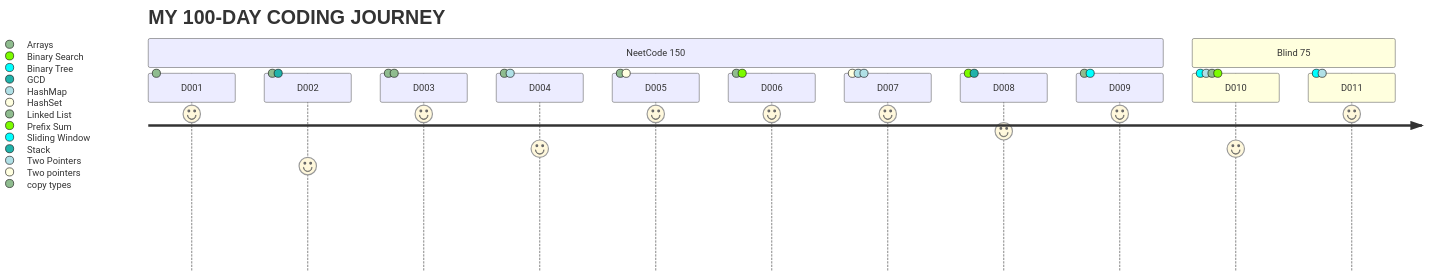
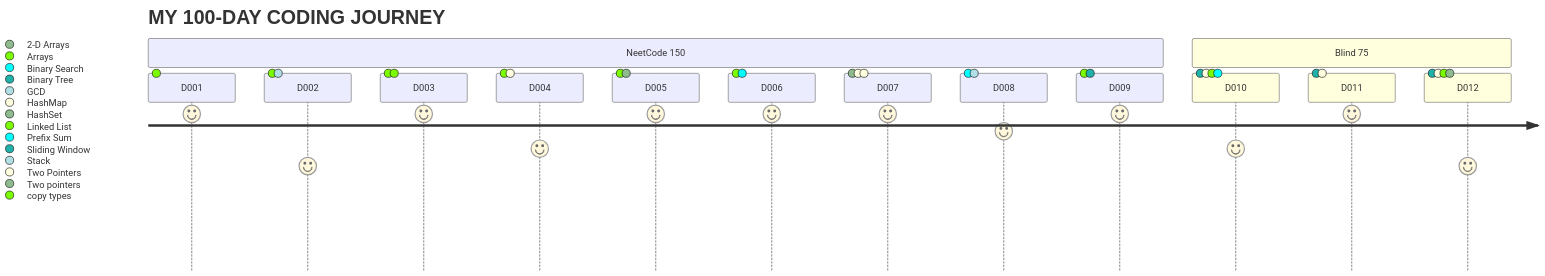
Before and after one commit to Edddush/100-days-of-code: the diagram in log.md, drawn with Mermaid. The commit also changed other lines of this file, not shown here.

````diff
--- a/log.md
+++ b/log.md
@@ -3,17 +3,18 @@
 ```mermaid
 journey
     title MY 100-DAY CODING JOURNEY
     section NeetCode 150
       D001: 9: Arrays
       D002: 6: Arrays, GCD
       D003: 9: Arrays, copy types
       D004: 7: Arrays, Two Pointers
       D005: 9: Arrays, Two pointers
       D006: 9: Arrays, Prefix Sum
       D007: 9: HashSet, HashMap, Two Pointers
       D008: 8: Binary Search, Stack
       D009: 9: Linked List, Sliding Window
     section Blind 75
       D010: 7: Binary Tree, HashMap, Linked List, Prefix Sum
       D011: 9: Binary Tree, Two Pointers
+      D012: 6: Binary Tree, Two Pointers, Linked List, 2-D Arrays
 ```
````
